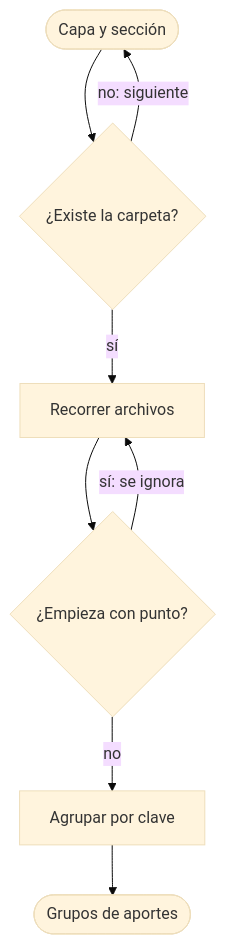
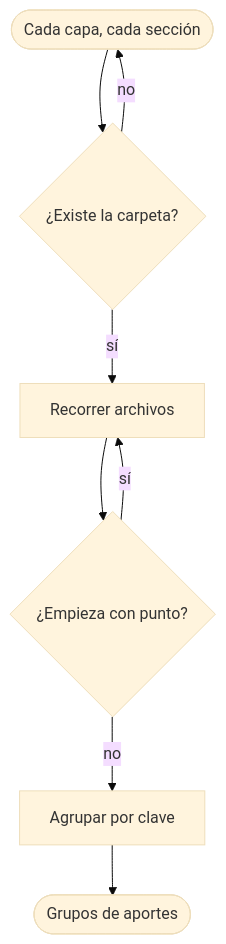
Before and after one commit to jliberal-aquas/aquas-harness: the sixth of 6 diagrams in docs/compilacion-del-canon/recolectar-capas.md, drawn with Mermaid (base theme). The commit also changed other lines of this file and 14 other files, not shown here.

First line of the commit message:
feat: capability-docs v0.2, manual de referencia con mapa y diagramas de datos

````diff
--- a/docs/compilacion-del-canon/recolectar-capas.md
+++ b/docs/compilacion-del-canon/recolectar-capas.md
@@ -20,10 +134,10 @@
 ```mermaid
 flowchart TD
-  I([Capa y sección]) --> D{¿Existe la carpeta?}
-  D -->|no: siguiente| I
-  D -->|sí| A[Recorrer archivos]
-  A --> O{¿Empieza con punto?}
-  O -->|sí: se ignora| A
+  I([Cada capa, cada sección]) --> D{¿Existe la carpeta?}
+  D -->|no| I
+  D -->|sí| W[Recorrer archivos]
+  W --> O{¿Empieza con punto?}
+  O -->|sí| W
   O -->|no| K[Agrupar por clave]
   K --> F([Grupos de aportes])
 ```
````
